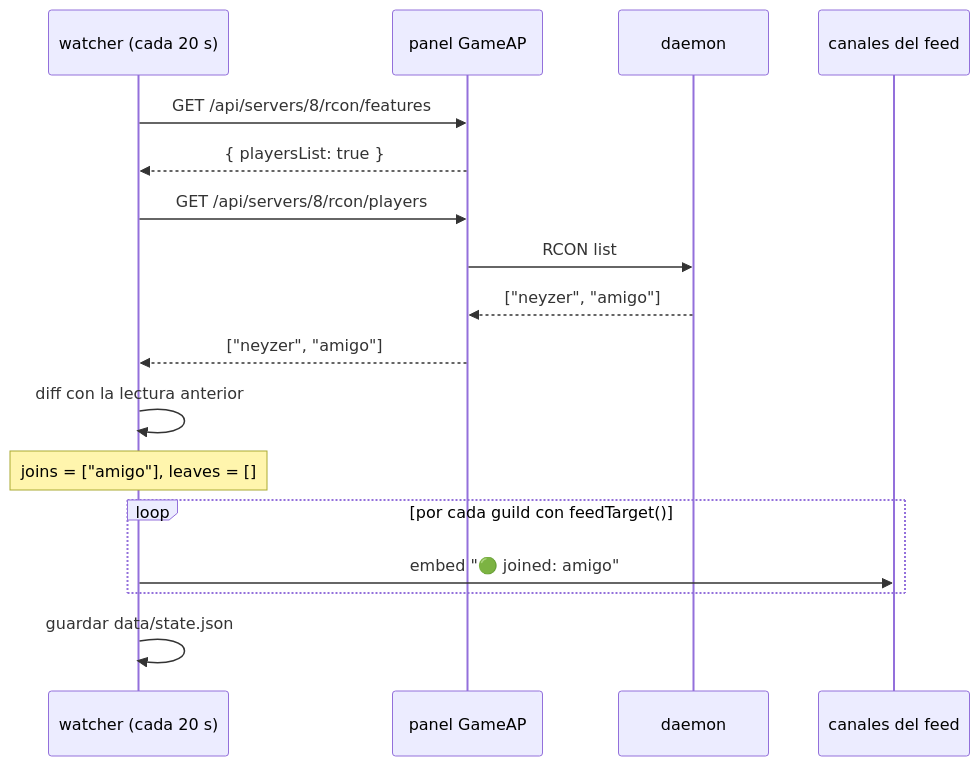
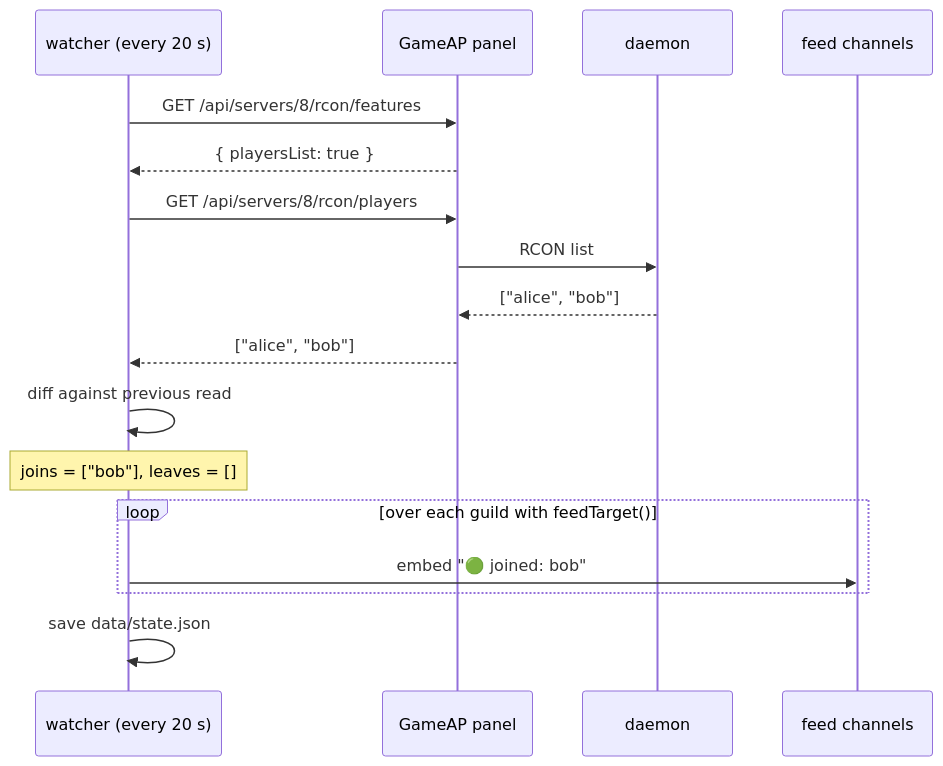
The first of 2 diagrams in docs/feed.md (neyzerth/gameap-discord), drawn with Mermaid before and after one commit. The commit also changed other lines of this file and 37 other files, not shown here.

````diff
--- a/docs/feed.md
+++ b/docs/feed.md
@@ -12,20 +11,20 @@
 ```mermaid
 sequenceDiagram
-  participant W as watcher (cada 20 s)
-  participant P as panel GameAP
+  participant W as watcher (every 20 s)
+  participant P as GameAP panel
   participant D as daemon
-  participant C as canales del feed
+  participant C as feed channels
 
   W->>P: GET /api/servers/8/rcon/features
   P-->>W: { playersList: true }
   W->>P: GET /api/servers/8/rcon/players
   P->>D: RCON list
-  D-->>P: ["neyzer", "amigo"]
-  P-->>W: ["neyzer", "amigo"]
-  W->>W: diff con la lectura anterior
-  Note over W: joins = ["amigo"], leaves = []
-  loop por cada guild con feedTarget()
-    W->>C: embed "🟢 joined: amigo"
+  D-->>P: ["alice", "bob"]
+  P-->>W: ["alice", "bob"]
+  W->>W: diff against previous read
+  Note over W: joins = ["bob"], leaves = []
+  loop over each guild with feedTarget()
+    W->>C: embed "🟢 joined: bob"
   end
-  W->>W: guardar data/state.json
+  W->>W: save data/state.json
 ```
````
